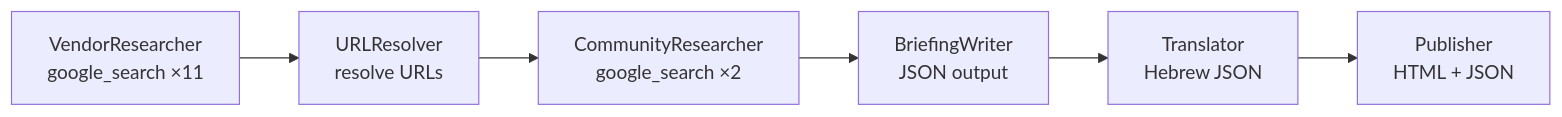
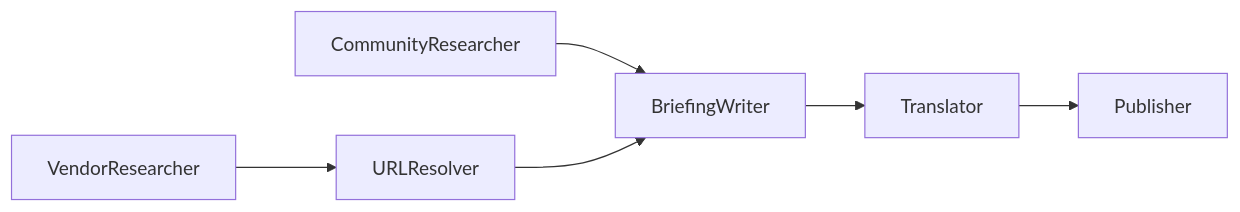
Before and after one commit to kobyal/ai-news-briefing: the third of 15 diagrams in README.md, drawn with Mermaid. The commit also changed other lines of this file, not shown here.

Commit message:
docs: rewrite README for current 11-agent architecture

````diff
--- a/README.md
+++ b/README.md
@@ -200,9 +196,8 @@
 ```mermaid
 flowchart LR
-    VR["VendorResearcher\ngoogle_search ×11"] -->
-    UR["URLResolver\nresolve URLs"] -->
-    CR["CommunityResearcher\ngoogle_search ×2"] -->
-    BW["BriefingWriter\nJSON output"] -->
-    TR["Translator\nHebrew JSON"] -->
-    PB["Publisher\nHTML + JSON"]
+    A["VendorResearcher"] --> B["URLResolver"]
+    C["CommunityResearcher"] --> D["BriefingWriter"]
+    B --> D
+    D --> E["Translator"]
+    E --> F["Publisher"]
 ```
````
